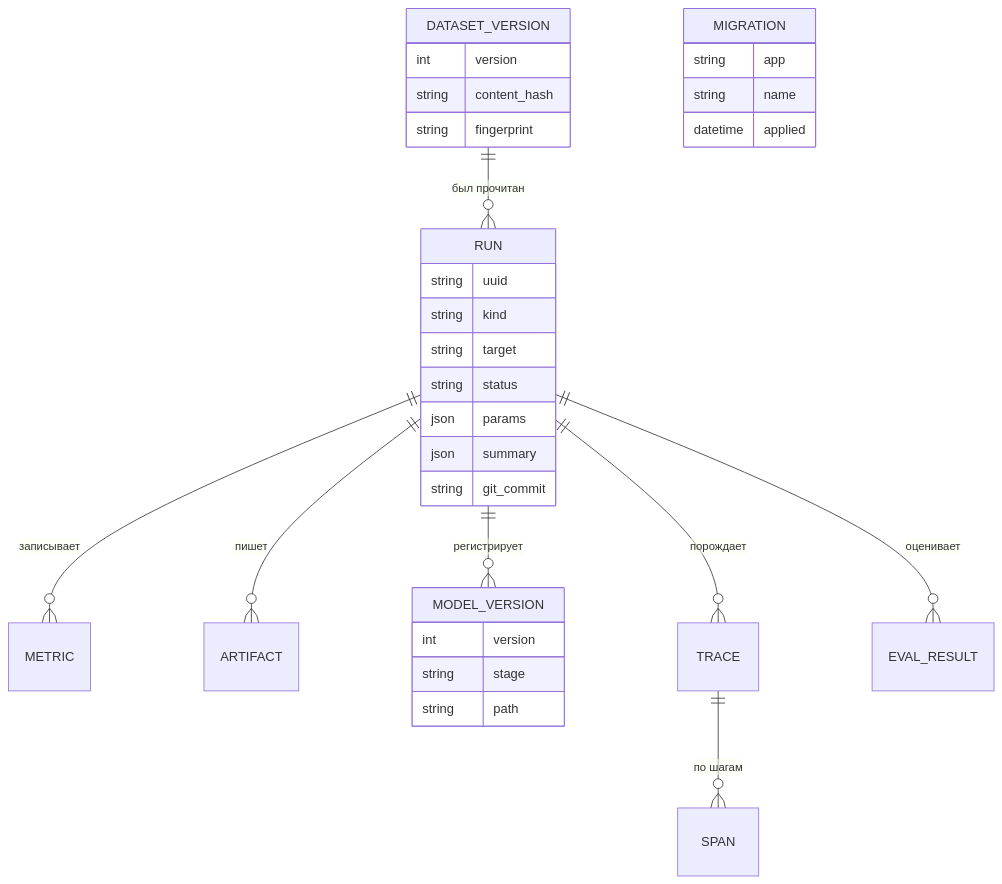
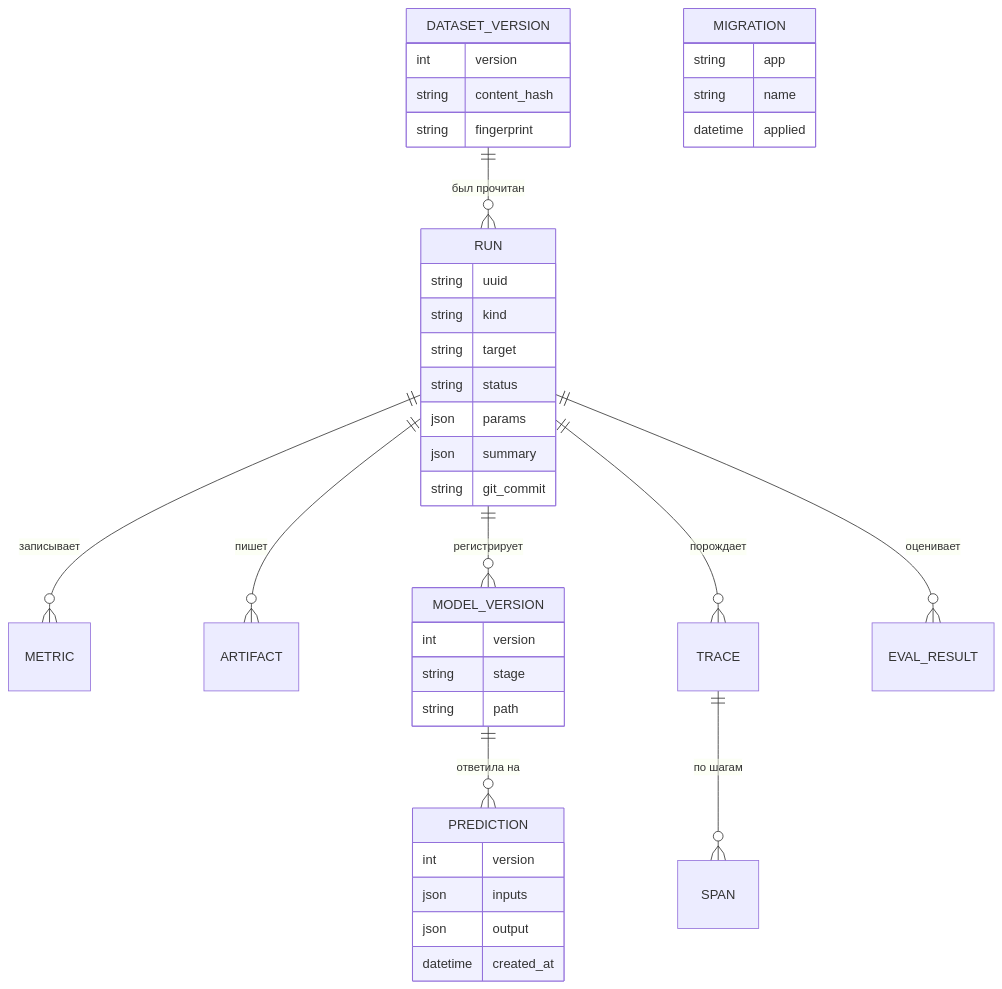
One commit to DenisDrobyshev/mlango changed the fourth of 5 diagrams in docs/architecture.ru.md. Above: the diagram before and after it, drawn with Mermaid. The commit also changed other lines of this file and 26 other files, not shown here.

````diff
--- a/docs/architecture.ru.md
+++ b/docs/architecture.ru.md
@@ -144,34 +144,41 @@
 ```mermaid
 erDiagram
     RUN ||--o{ METRIC : "записывает"
     RUN ||--o{ ARTIFACT : "пишет"
     RUN ||--o{ MODEL_VERSION : "регистрирует"
     RUN ||--o{ TRACE : "порождает"
     RUN ||--o{ EVAL_RESULT : "оценивает"
     DATASET_VERSION ||--o{ RUN : "был прочитан"
     TRACE ||--o{ SPAN : "по шагам"
     MIGRATION {
         string app
         string name
         datetime applied
     }
     RUN {
         string uuid
         string kind
         string target
         string status
         json params
         json summary
         string git_commit
     }
     MODEL_VERSION {
         int version
         string stage
         string path
     }
+    MODEL_VERSION ||--o{ PREDICTION : "ответила на"
+    PREDICTION {
+        int version
+        json inputs
+        json output
+        datetime created_at
+    }
     DATASET_VERSION {
         int version
         string content_hash
         string fingerprint
     }
 ```
````
